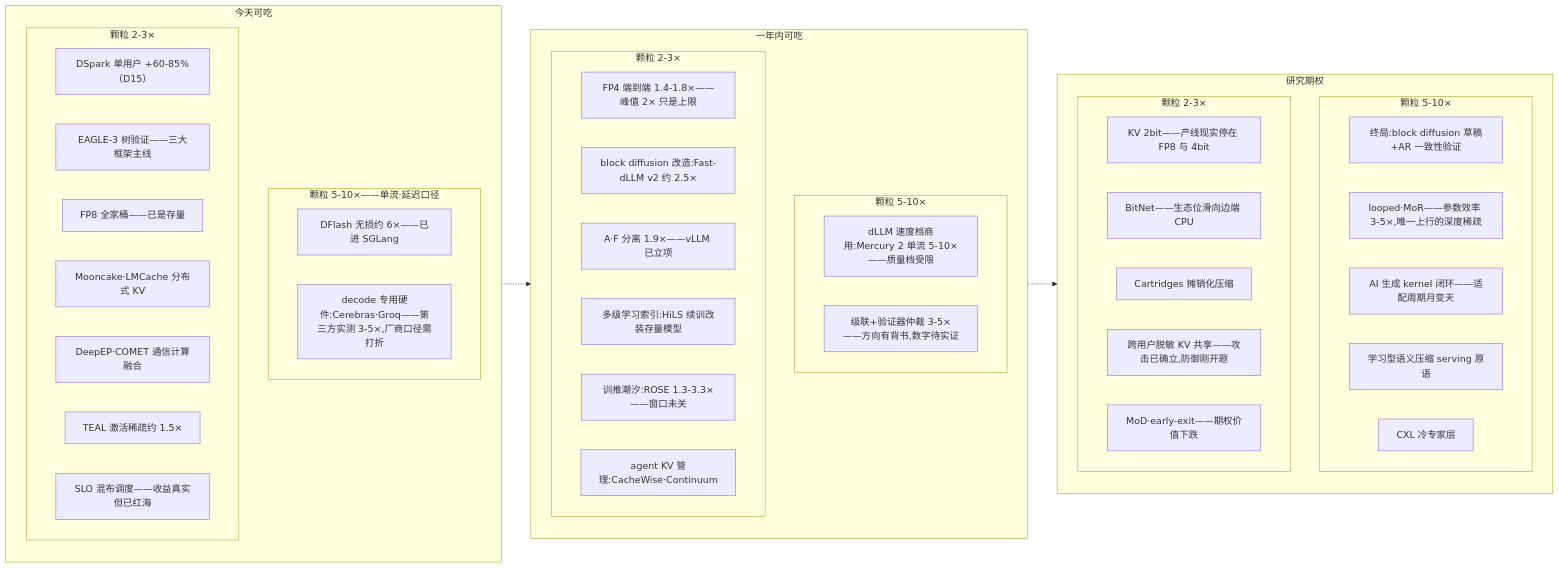
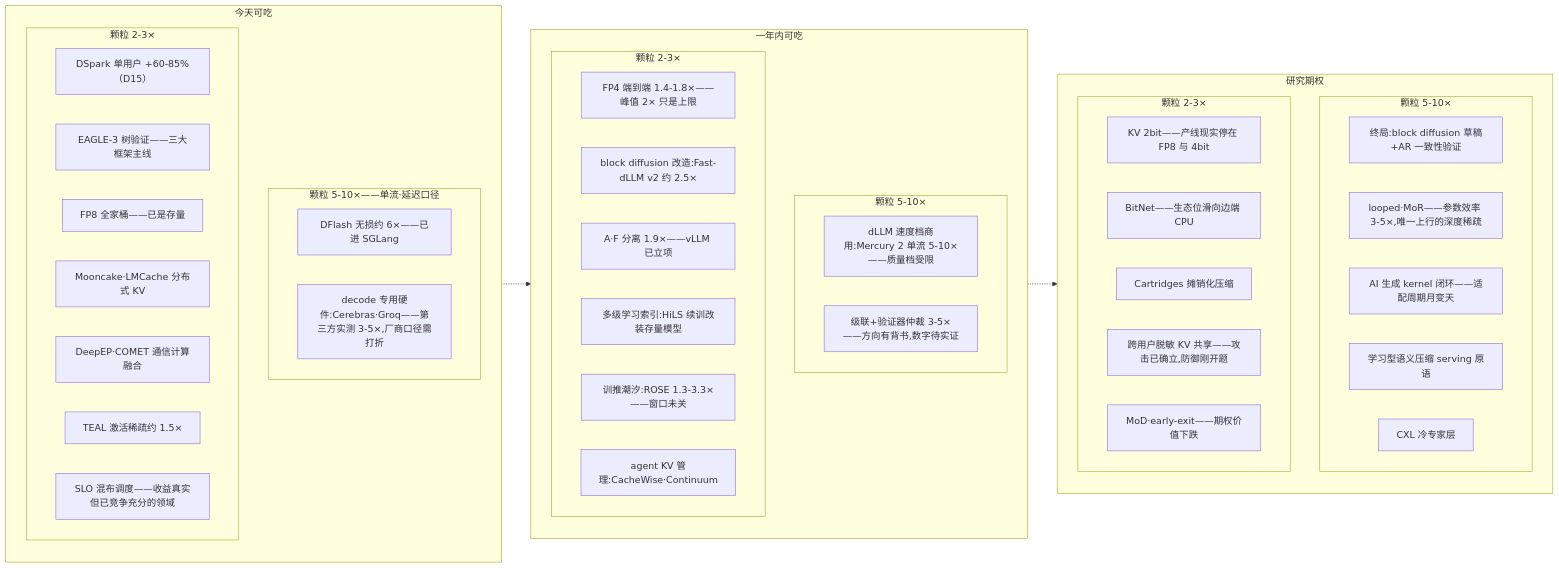
Before and after one commit to lloo099/mission44: the fifth of 5 diagrams in docs/blog/dispatch-26-inference-efficiency-map.md, drawn with Mermaid. The commit also changed other lines of this file and 22 other files, not shown here.

````diff
--- a/docs/blog/dispatch-26-inference-efficiency-map.md
+++ b/docs/blog/dispatch-26-inference-efficiency-map.md
@@ -348,49 +348,49 @@
 ```mermaid
 flowchart LR
     subgraph M1 ["今天可吃"]
         subgraph M1H ["颗粒 5-10×——单流·延迟口径"]
             P1["DFlash 无损约 6×——已进 SGLang"]
             P2["decode 专用硬件:Cerebras·Groq——第三方实测 3-5×,厂商口径需打折"]
         end
         subgraph M1L ["颗粒 2-3×"]
             P3["DSpark 单用户 +60-85%（D15）"]
             P4["EAGLE-3 树验证——三大框架主线"]
             P5["FP8 全家桶——已是存量"]
             P6["Mooncake·LMCache 分布式 KV"]
             P7["DeepEP·COMET 通信计算融合"]
             P8["TEAL 激活稀疏约 1.5×"]
-            P9["SLO 混布调度——收益真实但已红海"]
+            P9["SLO 混布调度——收益真实但已竞争充分的领域"]
         end
     end
     subgraph M2 ["一年内可吃"]
         subgraph M2H ["颗粒 5-10×"]
             Q1["dLLM 速度档商用:Mercury 2 单流 5-10×——质量档受限"]
             Q2["级联+验证器仲裁 3-5×——方向有背书,数字待实证"]
         end
         subgraph M2L ["颗粒 2-3×"]
             Q3["FP4 端到端 1.4-1.8×——峰值 2× 只是上限"]
             Q4["block diffusion 改造:Fast-dLLM v2 约 2.5×"]
             Q5["A·F 分离 1.9×——vLLM 已立项"]
             Q6["多级学习索引:HiLS 续训改装存量模型"]
             Q7["训推潮汐:ROSE 1.3-3.3×——窗口未关"]
             Q8["agent KV 管理:CacheWise·Continuum"]
         end
     end
     subgraph M3 ["研究期权"]
         subgraph M3H ["颗粒 5-10×"]
             R1["终局:block diffusion 草稿+AR 一致性验证"]
             R2["looped·MoR——参数效率 3-5×,唯一上行的深度稀疏"]
             R3["AI 生成 kernel 闭环——适配周期月变天"]
             R4["学习型语义压缩 serving 原语"]
             R5["CXL 冷专家层"]
         end
         subgraph M3L ["颗粒 2-3×"]
             R6["KV 2bit——产线现实停在 FP8 与 4bit"]
             R7["BitNet——生态位滑向边端 CPU"]
             R8["Cartridges 摊销化压缩"]
             R9["跨用户脱敏 KV 共享——攻击已确立,防御刚开题"]
             R10["MoD·early-exit——期权价值下跌"]
         end
     end
     M1 -.-> M2 -.-> M3
 ```
````
